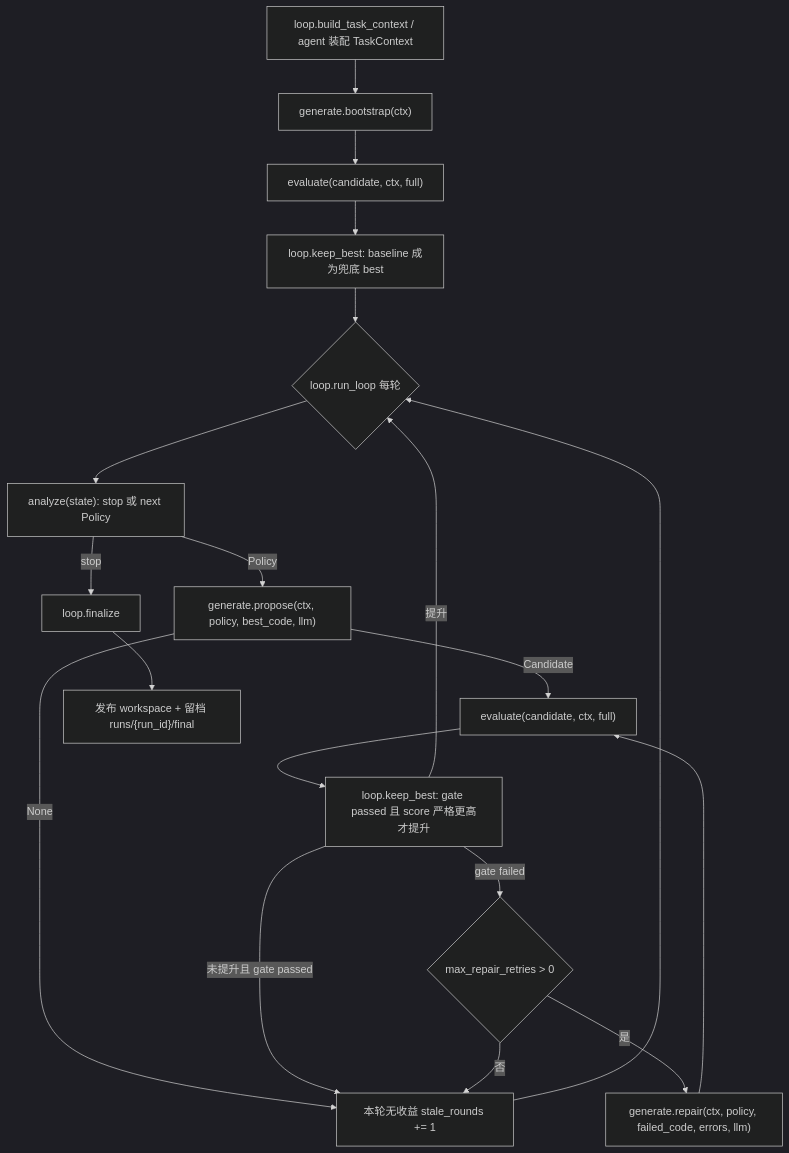
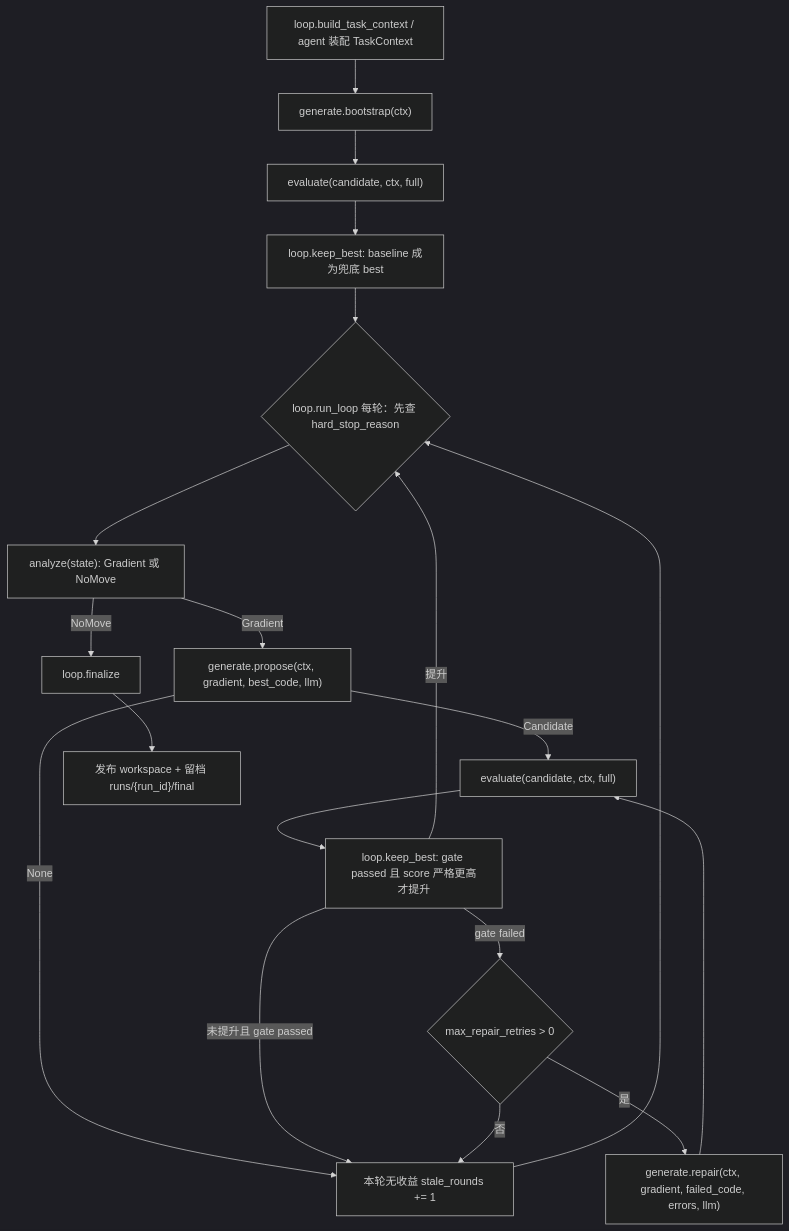
The diagram in src/mls_infer_opt/ARCHITECTURE.md (Jiadezhende/mls-Infer-opt), drawn with Mermaid (dark theme) before and after one commit. The commit also changed other lines of this file, not shown here.

First line of the commit message:
docs: ARCHITECTURE 同步 Policy→Gradient 重构（795bad3/f93b2e3）

````diff
--- a/src/mls_infer_opt/ARCHITECTURE.md
+++ b/src/mls_infer_opt/ARCHITECTURE.md
@@ -49,21 +50,21 @@
 ```mermaid
 flowchart TD
     INIT["loop.build_task_context / agent 装配 TaskContext"] --> BOOT["generate.bootstrap(ctx)"]
     BOOT --> BEVAL["evaluate(candidate, ctx, full)"]
     BEVAL --> BKEEP["loop.keep_best: baseline 成为兜底 best"]
-    BKEEP --> ROUND{"loop.run_loop 每轮"}
-    ROUND --> ANALYZE["analyze(state): stop 或 next Policy"]
-    ANALYZE -->|stop| FIN["loop.finalize"]
-    ANALYZE -->|Policy| GEN["generate.propose(ctx, policy, best_code, llm)"]
+    BKEEP --> ROUND{"loop.run_loop 每轮：先查 hard_stop_reason"}
+    ROUND --> ANALYZE["analyze(state): Gradient 或 NoMove"]
+    ANALYZE -->|NoMove| FIN["loop.finalize"]
+    ANALYZE -->|Gradient| GEN["generate.propose(ctx, gradient, best_code, llm)"]
     GEN -->|None| STALE["本轮无收益 stale_rounds += 1"]
     GEN -->|Candidate| EVAL["evaluate(candidate, ctx, full)"]
     EVAL --> KEEP["loop.keep_best: gate passed 且 score 严格更高才提升"]
     KEEP -->|提升| ROUND
     KEEP -->|未提升且 gate passed| STALE
     KEEP -->|gate failed| REPAIR{"max_repair_retries > 0"}
-    REPAIR -->|是| FIX["generate.repair(ctx, policy, failed_code, errors, llm)"]
+    REPAIR -->|是| FIX["generate.repair(ctx, gradient, failed_code, errors, llm)"]
     FIX --> EVAL
     REPAIR -->|否| STALE
     STALE --> ROUND
     FIN --> PUB["发布 workspace + 留档 runs/{run_id}/final"]
 ```
````
